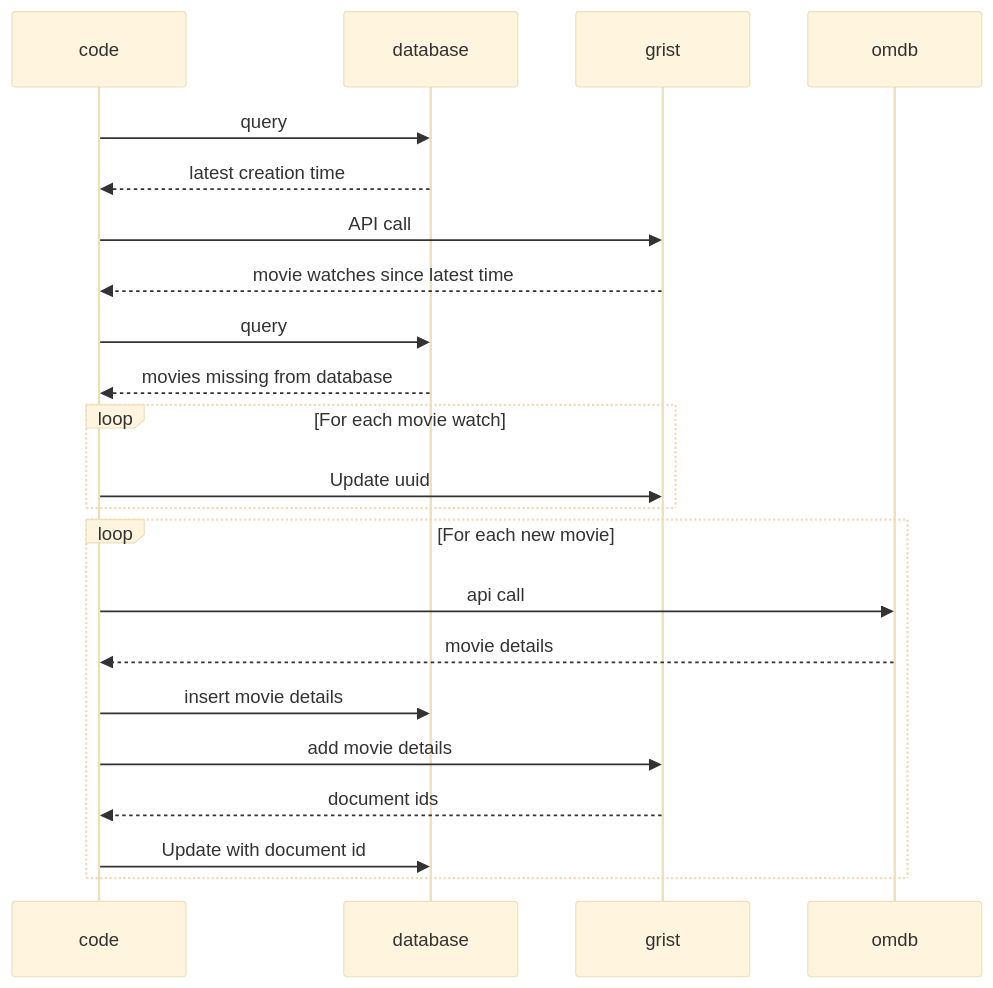
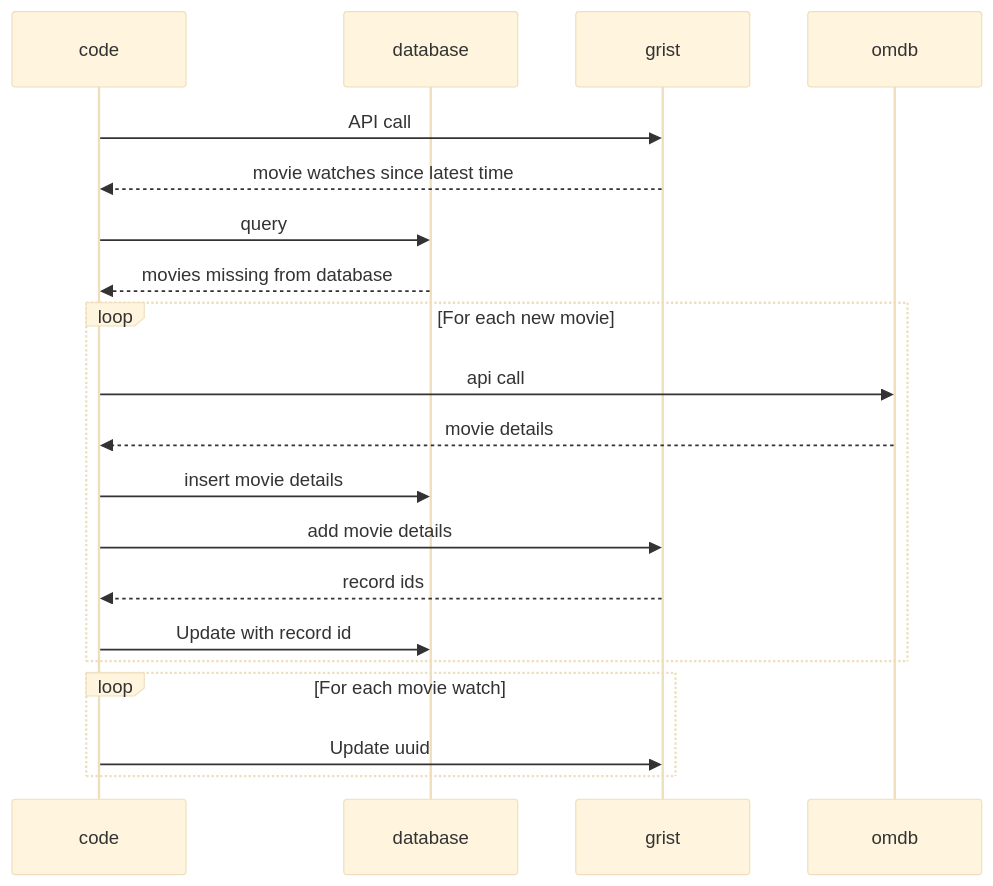
The diagram in README.md (timothyrenner/movies-app), drawn with Mermaid (base theme) before and after one commit. The commit also changed 9 other files, not shown here.

````diff
--- a/README.md
+++ b/README.md
@@ -100,25 +100,23 @@
 ```mermaid
 sequenceDiagram
     participant code
     participant database
     participant grist
     participant omdb
 
-    code ->>database: query
-    database -->> code: latest creation time
     code ->> grist: API call
     grist -->> code: movie watches since latest time
     code ->> database: query
     database -->> code: movies missing from database
-    loop For each movie watch
-        code ->> grist: Update uuid
-    end
     loop For each new movie
         code ->> omdb: api call
         omdb -->> code: movie details
         code ->> database: insert movie details
         code ->> grist: add movie details
-        grist -->> code: document ids
-        code ->> database: Update with document id
+        grist -->> code: record ids
+        code ->> database: Update with record id
+    end
+    loop For each movie watch
+        code ->> grist: Update uuid
     end
 ```
````
